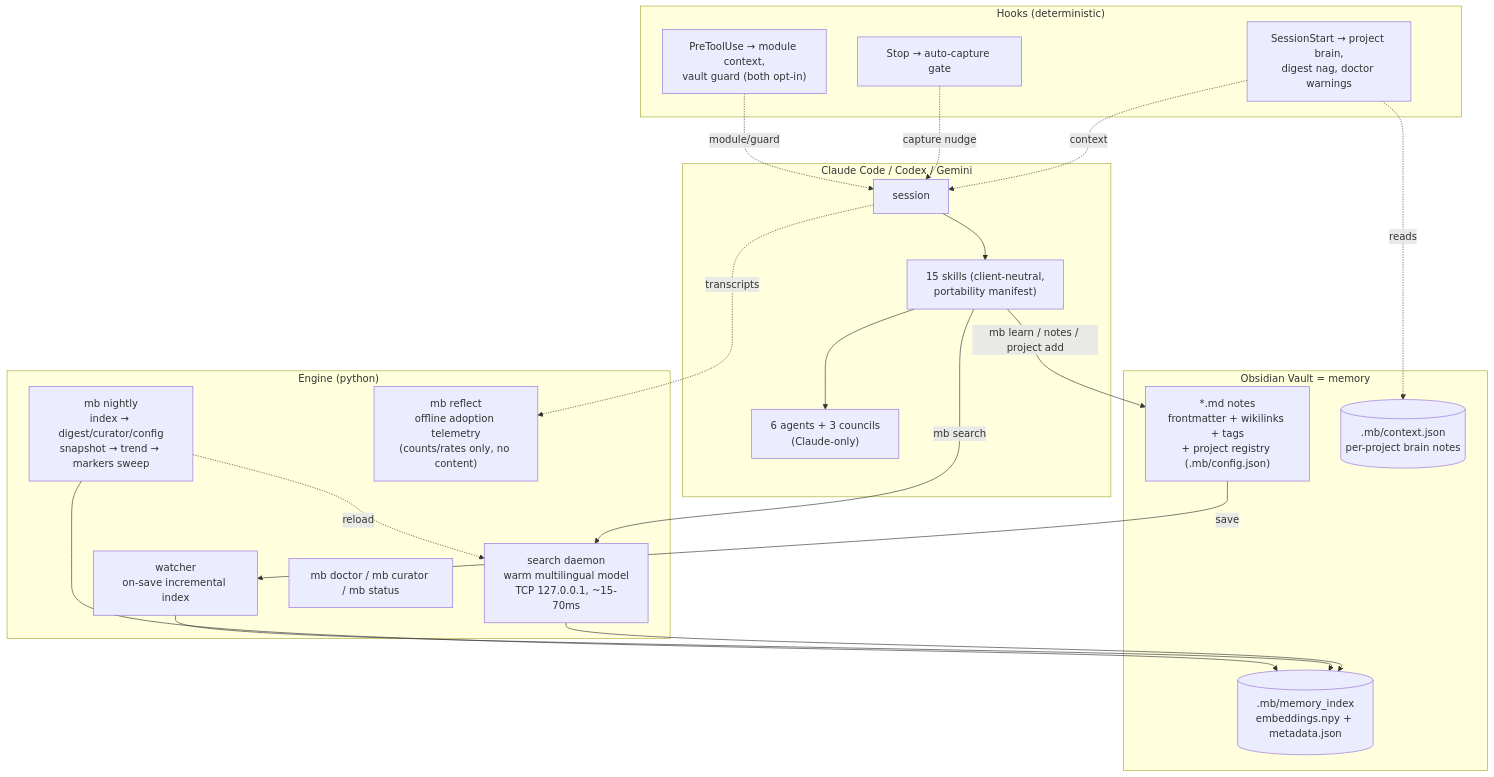
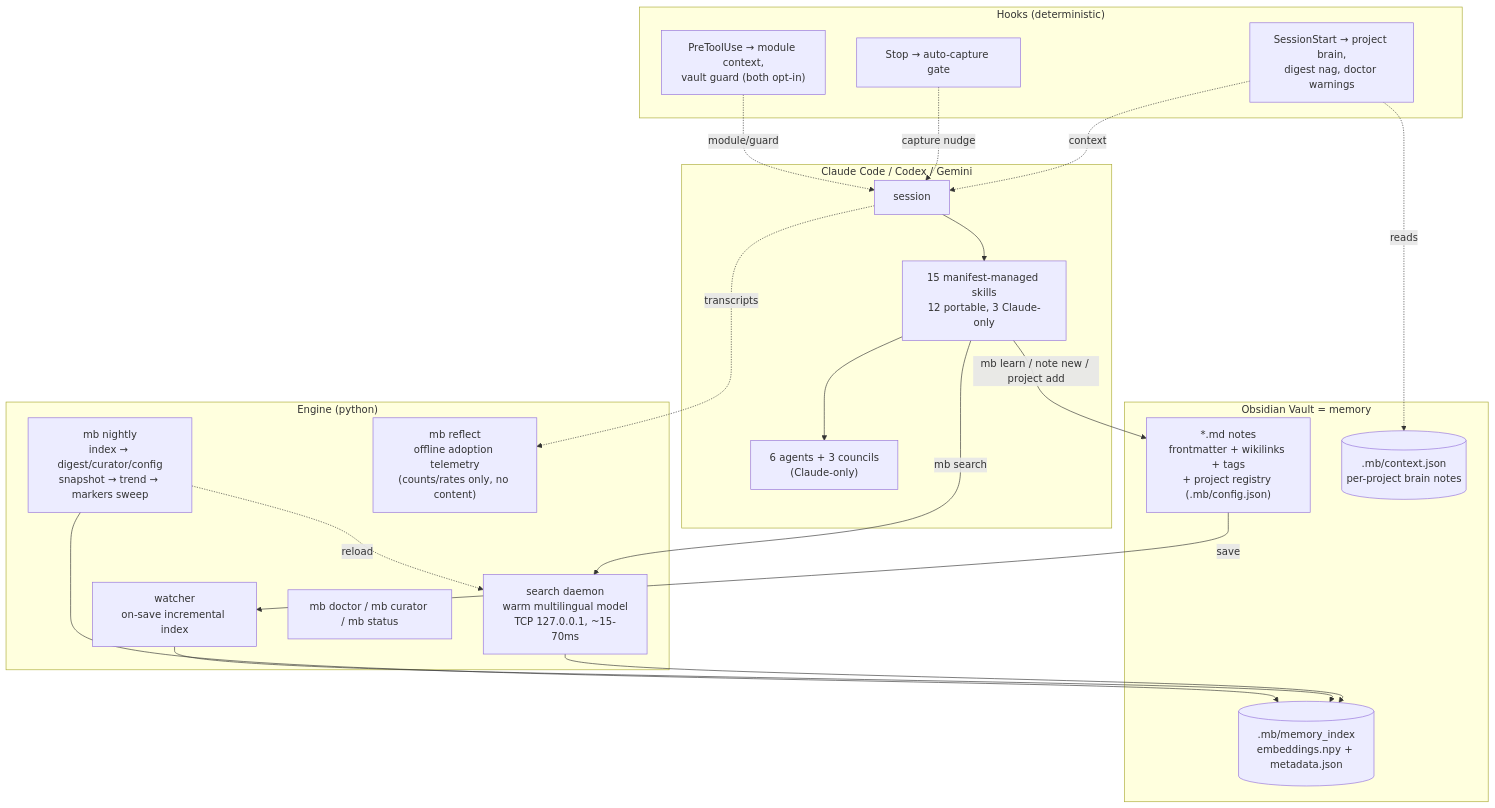
One commit to Kostik2702/singularity changed the diagram in README.md. Above: the diagram before and after it, drawn with Mermaid. The commit also changed other lines of this file, not shown here.

````diff
--- a/README.md
+++ b/README.md
@@ -30,37 +30,37 @@
 ```mermaid
 graph TB
     subgraph CC["Claude Code / Codex / Gemini"]
         MAIN["session"]
-        SK["15 skills (client-neutral,<br/>portability manifest)"]
+        SK["15 manifest-managed skills<br/>12 portable, 3 Claude-only"]
         AG["6 agents + 3 councils<br/>(Claude-only)"]
     end
     subgraph HOOKS["Hooks (deterministic)"]
         H1["SessionStart → project brain,<br/>digest nag, doctor warnings"]
         H2["Stop → auto-capture gate"]
         H3["PreToolUse → module context,<br/>vault guard (both opt-in)"]
     end
     subgraph ENGINE["Engine (python)"]
         D["search daemon<br/>warm multilingual model<br/>TCP 127.0.0.1, ~15-70ms"]
         W["watcher<br/>on-save incremental index"]
         NI["mb nightly<br/>index → digest/curator/config<br/>snapshot → trend → markers sweep"]
         DR["mb doctor / mb curator / mb status"]
         RF["mb reflect<br/>offline adoption telemetry<br/>(counts/rates only, no content)"]
     end
     subgraph VAULT["Obsidian Vault = memory"]
         NOTES["*.md notes<br/>frontmatter + wikilinks + tags<br/>+ project registry (.mb/config.json)"]
         IDX[(".mb/memory_index<br/>embeddings.npy + metadata.json")]
         CTX[(".mb/context.json<br/>per-project brain notes")]
     end
 
     H1 -.context.-> MAIN
     H2 -.capture nudge.-> MAIN
     H3 -.module/guard.-> MAIN
     MAIN --> SK --> AG
     SK -- "mb search" --> D --> IDX
-    SK -- "mb learn / notes / project add" --> NOTES
+    SK -- "mb learn / note new / project add" --> NOTES
     NOTES -- save --> W --> IDX
     NI --> IDX
     NI -.reload.-> D
     H1 -.reads.-> CTX
     MAIN -.transcripts.-> RF
 ```
````
